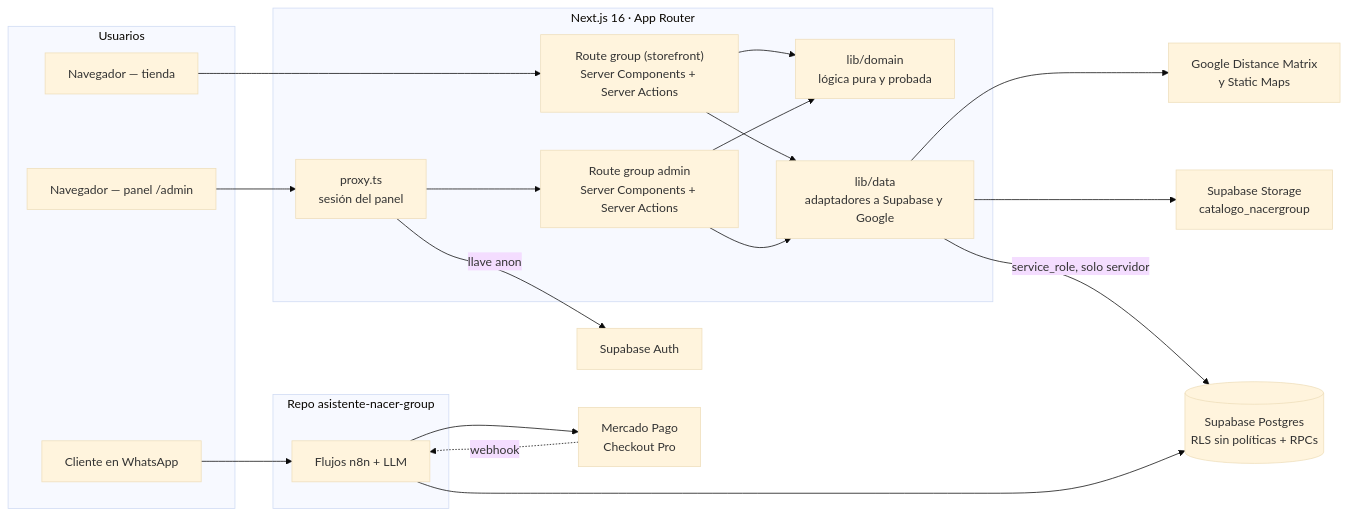
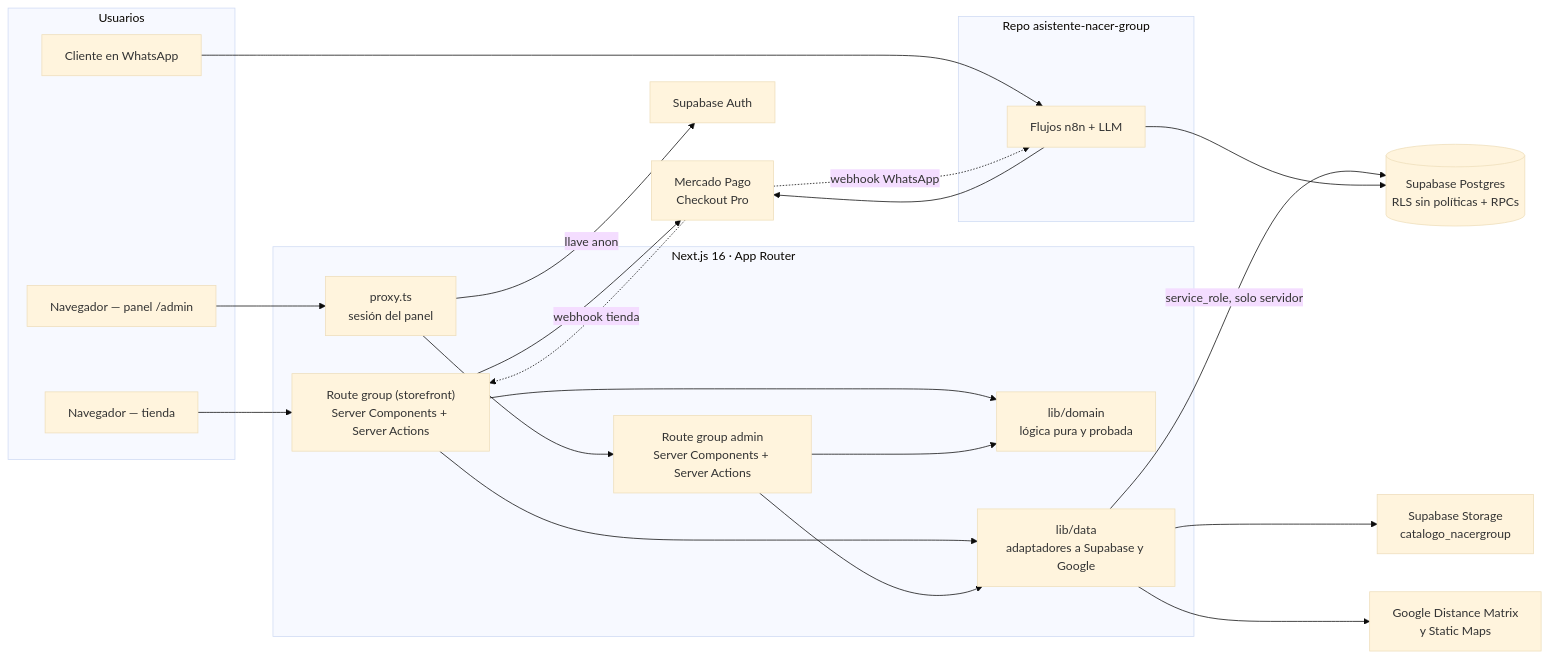
The first of 2 diagrams in README.md (crisalidas-dev/ecommerce-crisalidas-y-mariposas), drawn with Mermaid (base theme) before and after one commit. The commit also changed other lines of this file and 13 other files, not shown here.

````diff
--- a/README.md
+++ b/README.md
@@ -28,41 +28,43 @@
 ```mermaid
 graph LR
     subgraph Usuarios
         SHOP["Navegador — tienda"]
         STAFF["Navegador — panel /admin"]
         WA["Cliente en WhatsApp"]
     end
 
     subgraph NEXT["Next.js 16 · App Router"]
         SF["Route group (storefront)<br/>Server Components + Server Actions"]
         PX["proxy.ts<br/>sesión del panel"]
         AD["Route group admin<br/>Server Components + Server Actions"]
         DOM["lib/domain<br/>lógica pura y probada"]
         DATA["lib/data<br/>adaptadores a Supabase y Google"]
     end
 
     subgraph ASIS["Repo asistente-nacer-group"]
         N8N["Flujos n8n + LLM"]
     end
 
     DB[("Supabase Postgres<br/>RLS sin políticas + RPCs")]
     AUTH["Supabase Auth"]
     ST["Supabase Storage<br/>catalogo_nacergroup"]
     GM["Google Distance Matrix<br/>y Static Maps"]
     MP["Mercado Pago<br/>Checkout Pro"]
 
     SHOP --> SF
     STAFF --> PX --> AD
     WA --> N8N
     SF --> DOM
     AD --> DOM
     SF --> DATA
     AD --> DATA
     PX -- "llave anon" --> AUTH
     DATA -- "service_role, solo servidor" --> DB
     DATA --> ST
     DATA --> GM
     N8N --> DB
     N8N --> MP
-    MP -. "webhook" .-> N8N
+    MP -. "webhook WhatsApp" .-> N8N
+    SF --> MP
+    MP -. "webhook tienda" .-> SF
 ```
````
